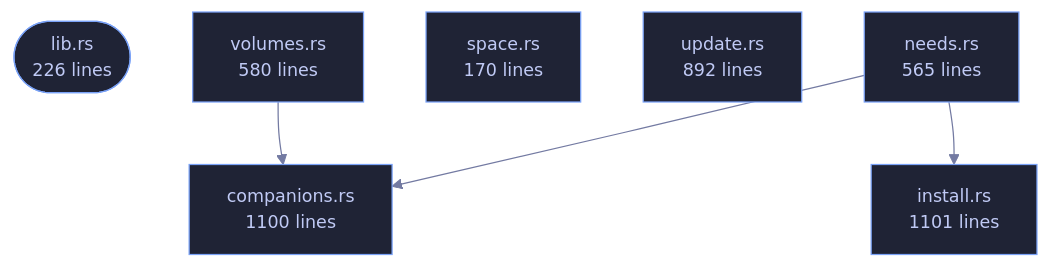
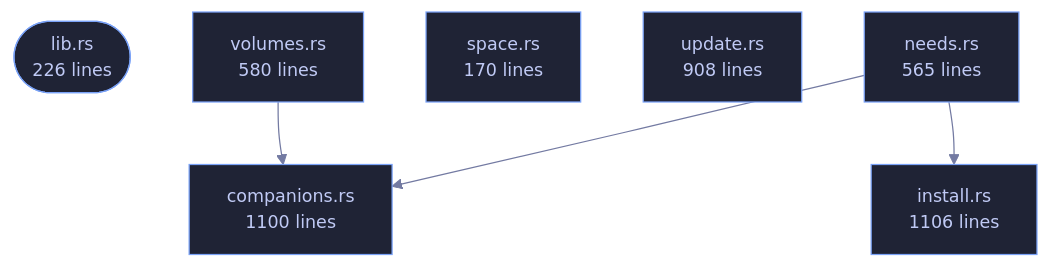
One commit to tilas01/veilvoice changed the diagram in crates/veilvoice-setup/README.md. Above: the diagram before and after it, drawn with Mermaid. The commit also changed other lines of this file and 39 other files, not shown here.

````diff
--- a/crates/veilvoice-setup/README.md
+++ b/crates/veilvoice-setup/README.md
@@ -108,21 +108,21 @@
 ```mermaid
 %%{init: {"theme":"base","themeVariables":{"background":"#1a1b26","primaryColor":"#1f2335","primaryTextColor":"#c0caf5","primaryBorderColor":"#7aa2f7","secondaryColor":"#16161e","tertiaryColor":"#16161e","lineColor":"#737aa2","textColor":"#c0caf5","mainBkg":"#1f2335","nodeBorder":"#7aa2f7","clusterBkg":"#16161e","clusterBorder":"#2f3549","fontFamily":"ui-monospace, SFMono-Regular, Consolas, monospace","fontSize":"14px"}}}%%
 flowchart TD
     n_lib(["lib.rs<br/>226 lines"])
     n_companions["companions.rs<br/>1100 lines"]
-    n_install["install.rs<br/>1101 lines"]
+    n_install["install.rs<br/>1106 lines"]
     n_needs["needs.rs<br/>565 lines"]
     n_space["space.rs<br/>170 lines"]
-    n_update["update.rs<br/>892 lines"]
+    n_update["update.rs<br/>908 lines"]
     n_volumes["volumes.rs<br/>580 lines"]
     n_needs --> n_companions
     n_needs --> n_install
     n_volumes --> n_companions
     click n_lib href "https://github.com/tilas01/veilvoice/blob/main/crates/veilvoice-setup/src/lib.rs" "open the source"
     click n_companions href "https://github.com/tilas01/veilvoice/blob/main/crates/veilvoice-setup/src/companions.rs" "open the source"
     click n_install href "https://github.com/tilas01/veilvoice/blob/main/crates/veilvoice-setup/src/install.rs" "open the source"
     click n_needs href "https://github.com/tilas01/veilvoice/blob/main/crates/veilvoice-setup/src/needs.rs" "open the source"
     click n_space href "https://github.com/tilas01/veilvoice/blob/main/crates/veilvoice-setup/src/space.rs" "open the source"
     click n_update href "https://github.com/tilas01/veilvoice/blob/main/crates/veilvoice-setup/src/update.rs" "open the source"
     click n_volumes href "https://github.com/tilas01/veilvoice/blob/main/crates/veilvoice-setup/src/volumes.rs" "open the source"
 ```
````
